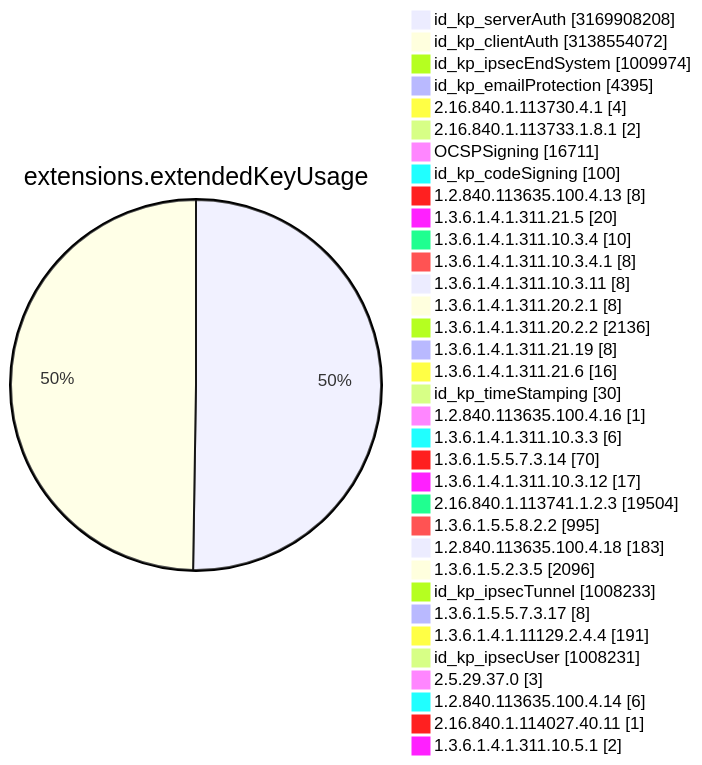
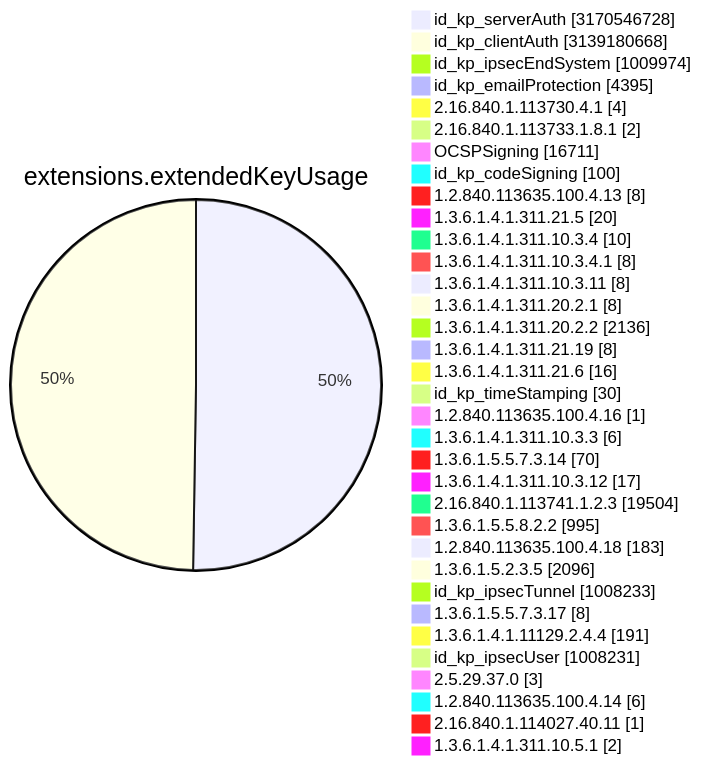
Before and after one commit to christiankrug/ctmonitor_visualization: diagram 11 of 15 in TOTAL/README.md, drawn with Mermaid. The commit also changed other lines of this file, not shown here.

````diff
--- a/TOTAL/README.md
+++ b/TOTAL/README.md
@@ -4119,38 +4119,38 @@
 ```mermaid
 pie showData
 title extensions.extendedKeyUsage
-"id_kp_serverAuth" :3169908208
-"id_kp_clientAuth" :3138554072
+"id_kp_serverAuth" :3170546728
+"id_kp_clientAuth" :3139180668
 "id_kp_ipsecEndSystem" :1009974
 "id_kp_emailProtection" :4395
 "2.16.840.1.113730.4.1" :4
 "2.16.840.1.113733.1.8.1" :2
 "OCSPSigning" :16711
 "id_kp_codeSigning" :100
 "1.2.840.113635.100.4.13" :8
 "1.3.6.1.4.1.311.21.5" :20
 "1.3.6.1.4.1.311.10.3.4" :10
 "1.3.6.1.4.1.311.10.3.4.1" :8
 "1.3.6.1.4.1.311.10.3.11" :8
 "1.3.6.1.4.1.311.20.2.1" :8
 "1.3.6.1.4.1.311.20.2.2" :2136
 "1.3.6.1.4.1.311.21.19" :8
 "1.3.6.1.4.1.311.21.6" :16
 "id_kp_timeStamping" :30
 "1.2.840.113635.100.4.16" :1
 "1.3.6.1.4.1.311.10.3.3" :6
 "1.3.6.1.5.5.7.3.14" :70
 "1.3.6.1.4.1.311.10.3.12" :17
 "2.16.840.1.113741.1.2.3" :19504
 "1.3.6.1.5.5.8.2.2" :995
 "1.2.840.113635.100.4.18" :183
 "1.3.6.1.5.2.3.5" :2096
 "id_kp_ipsecTunnel" :1008233
 "1.3.6.1.5.5.7.3.17" :8
 "1.3.6.1.4.1.11129.2.4.4" :191
 "id_kp_ipsecUser" :1008231
 "2.5.29.37.0" :3
 "1.2.840.113635.100.4.14" :6
 "2.16.840.1.114027.40.11" :1
 "1.3.6.1.4.1.311.10.5.1" :2
 ```
````
